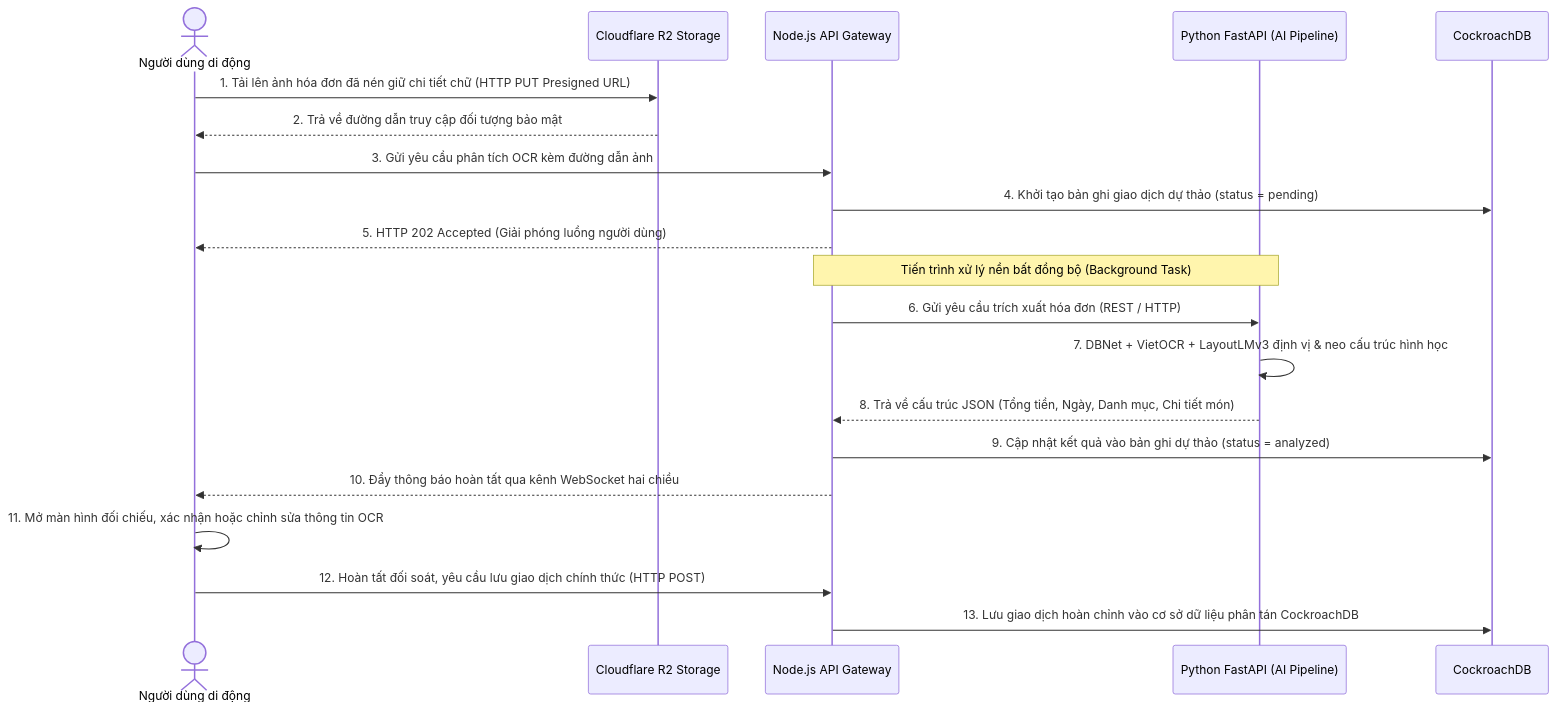
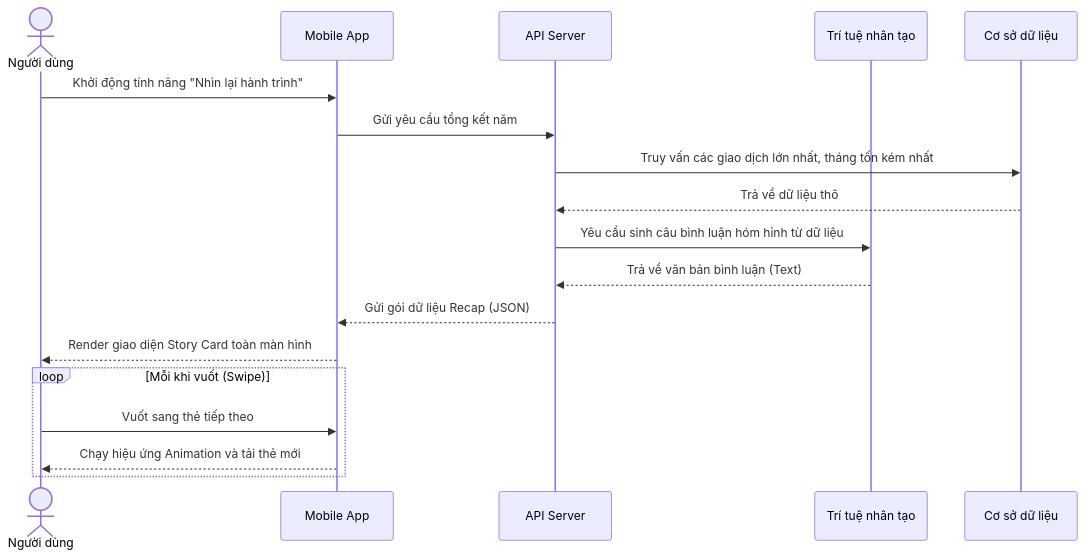
The eighth of 12 diagrams in Luan_van_Hoan_chinh.md (maikhang160504/spending-diary), drawn with Mermaid before and after one commit. The commit also changed other lines of this file and 103 other files, not shown here.

````diff
--- a/Luan_van_Hoan_chinh.md
+++ b/Luan_van_Hoan_chinh.md
@@ -732,26 +598,21 @@
 ```mermaid
 sequenceDiagram
-    actor U as Người dùng di động
-    participant R2 as Cloudflare R2 Storage
-    participant API as Node.js API Gateway
-    participant AI as Python FastAPI (AI Pipeline)
-    participant DB as CockroachDB
-
-    U->>R2: 1. Tải lên ảnh hóa đơn đã nén giữ chi tiết chữ (HTTP PUT Presigned URL)
-    R2-->>U: 2. Trả về đường dẫn truy cập đối tượng bảo mật
-    U->>API: 3. Gửi yêu cầu phân tích OCR kèm đường dẫn ảnh
-    API->>DB: 4. Khởi tạo bản ghi giao dịch dự thảo (status = pending)
-    API-->>U: 5. HTTP 202 Accepted (Giải phóng luồng người dùng)
+    actor U as Người dùng
+    participant A as Mobile App
+    participant S as API Server
+    participant AI as Trí tuệ nhân tạo
+    participant DB as Cơ sở dữ liệu
     
-    note over API,AI: Tiến trình xử lý nền bất đồng bộ (Background Task)
-    API->>AI: 6. Gửi yêu cầu trích xuất hóa đơn (REST / HTTP)
-    AI->>AI: 7. DBNet + VietOCR + LayoutLMv3 định vị & neo cấu trúc hình học
-    AI-->>API: 8. Trả về cấu trúc JSON (Tổng tiền, Ngày, Danh mục, Chi tiết món)
-    
-    API->>DB: 9. Cập nhật kết quả vào bản ghi dự thảo (status = analyzed)
-    API-->>U: 10. Đẩy thông báo hoàn tất qua kênh WebSocket hai chiều
-    
-    U->>U: 11. Mở màn hình đối chiếu, xác nhận hoặc chỉnh sửa thông tin OCR
-    U->>API: 12. Hoàn tất đối soát, yêu cầu lưu giao dịch chính thức (HTTP POST)
-    API->>DB: 13. Lưu giao dịch hoàn chỉnh vào cơ sở dữ liệu phân tán CockroachDB
+    U->>A: Khởi động tính năng "Nhìn lại hành trình"
+    A->>S: Gửi yêu cầu tổng kết năm
+    S->>DB: Truy vấn các giao dịch lớn nhất, tháng tốn kém nhất
+    DB-->>S: Trả về dữ liệu thô
+    S->>AI: Yêu cầu sinh câu bình luận hóm hỉnh từ dữ liệu
+    AI-->>S: Trả về văn bản bình luận (Text)
+    S-->>A: Gửi gói dữ liệu Recap (JSON)
+    A-->>U: Render giao diện Story Card toàn màn hình
+    loop Mỗi khi vuốt (Swipe)
+        U->>A: Vuốt sang thẻ tiếp theo
+        A-->>U: Chạy hiệu ứng Animation và tải thẻ mới
+    end
 ```
````
